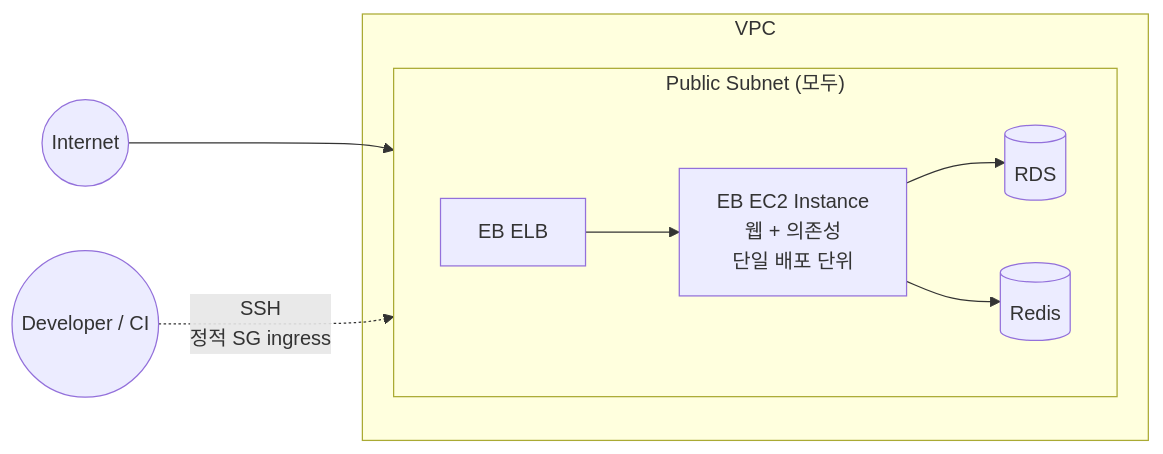
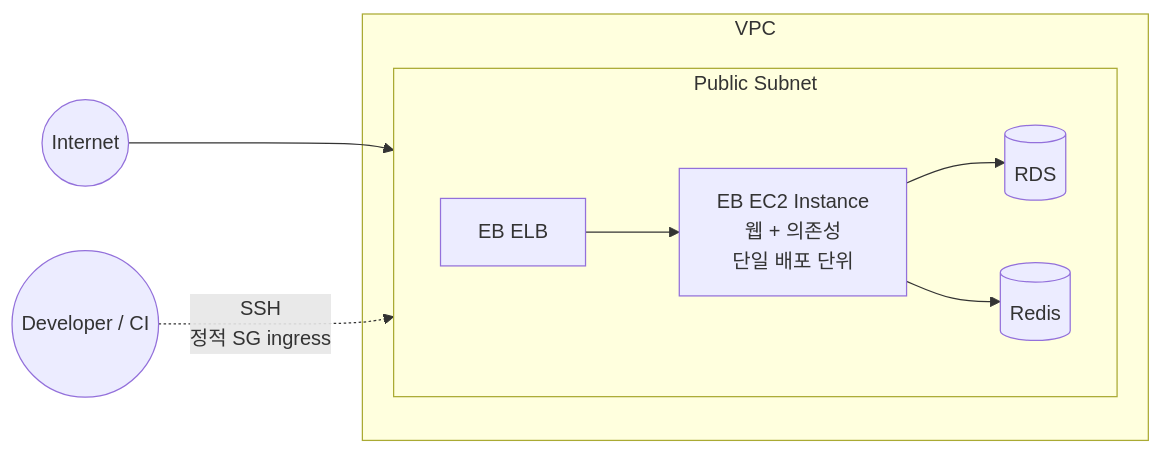
Before and after one commit to texasroh/texasroh.github.io: the fifth of 6 diagrams in _portfolio/portfolio.md, drawn with Mermaid. The commit also changed other lines of this file, not shown here.

First line of the commit message:
docs(portfolio): clean 4.2 diagram subnet labels

````diff
--- a/_portfolio/portfolio.md
+++ b/_portfolio/portfolio.md
@@ -214,17 +214,17 @@
 ```mermaid
 flowchart LR
     Internet_b((Internet)) --> ELB["EB ELB"]
     Dev_b((Developer / CI)) -.->|"SSH<br/>정적 SG ingress"| EBInst
     subgraph VPC_b ["VPC"]
-        subgraph Pub_b ["Public Subnet (모두)"]
+        subgraph Pub_b ["Public Subnet"]
             direction LR
             ELB
             EBInst["EB EC2 Instance<br/>웹 + 의존성<br/>단일 배포 단위"]
             RDS_b[(RDS)]
             Redis_b[(Redis)]
         end
     end
     ELB --> EBInst
     EBInst --> RDS_b
     EBInst --> Redis_b
 ```
````
